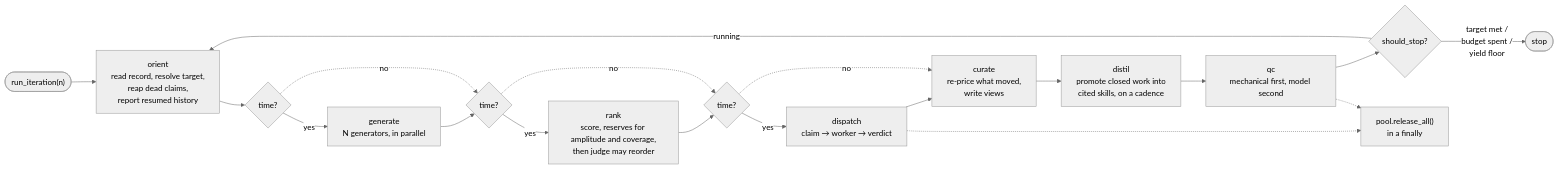
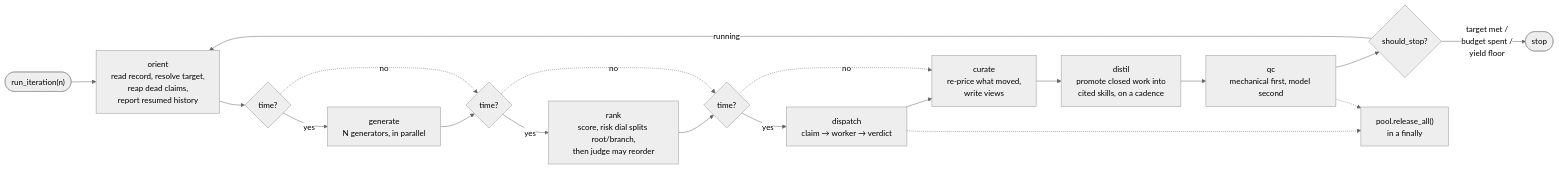
Before and after one commit to Ryun1/auto-research-toolkit: the second of 6 diagrams in docs/ARCHITECTURE.md, drawn with Mermaid (neutral theme). The commit also changed other lines of this file and 25 other files, not shown here.

````diff
--- a/docs/ARCHITECTURE.md
+++ b/docs/ARCHITECTURE.md
@@ -72,31 +73,31 @@
 ```mermaid
 flowchart LR
     start(["run_iteration(n)"]) --> orient
     orient["orient<br/>read record, resolve target,<br/>reap dead claims,<br/>report resumed history"]
     generate["generate<br/>N generators, in parallel"]
-    rankp["rank<br/>score, reserves for amplitude and coverage,<br/>then judge may reorder"]
+    rankp["rank<br/>score, risk dial splits root/branch,<br/>then judge may reorder"]
     dispatch["dispatch<br/>claim → worker → verdict"]
     curate["curate<br/>re-price what moved,<br/>write views"]
     distil["distil<br/>promote closed work into<br/>cited skills, on a cadence"]
     qc["qc<br/>mechanical first, model second"]
     stop{"should_stop?"}
 
     c1{"time?"}
     c2{"time?"}
     c3{"time?"}
 
     orient --> c1
     c1 -->|"yes"| generate --> c2
     c2 -->|"yes"| rankp --> c3
     c3 -->|"yes"| dispatch --> curate
     c1 -.->|"no"| c2
     c2 -.->|"no"| c3
     c3 -.->|"no"| curate
     curate --> distil --> qc --> stop
     stop -->|"running"| orient
     stop -->|"target met /<br/>budget spent /<br/>yield floor"| done(["stop"])
 
     teardown["pool.release_all()<br/>in a finally"]
     dispatch -.-> teardown
     qc -.-> teardown
 ```
````
